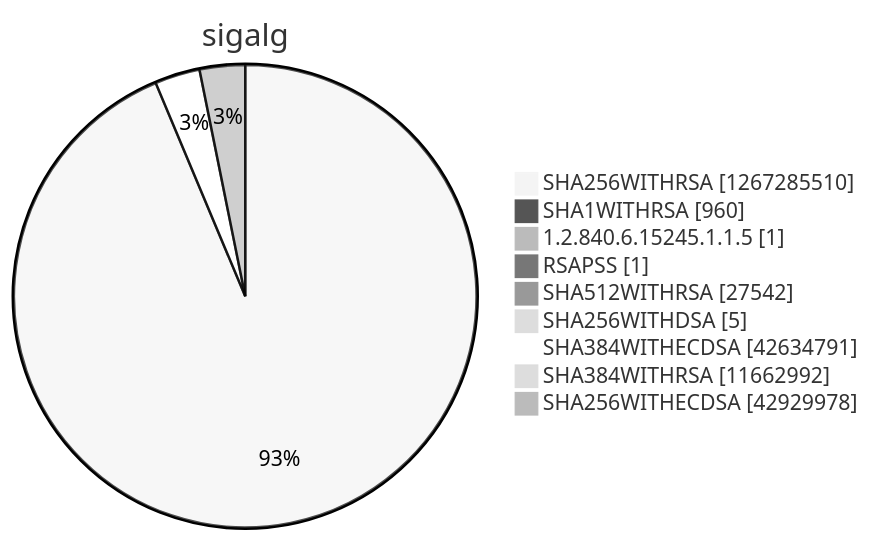
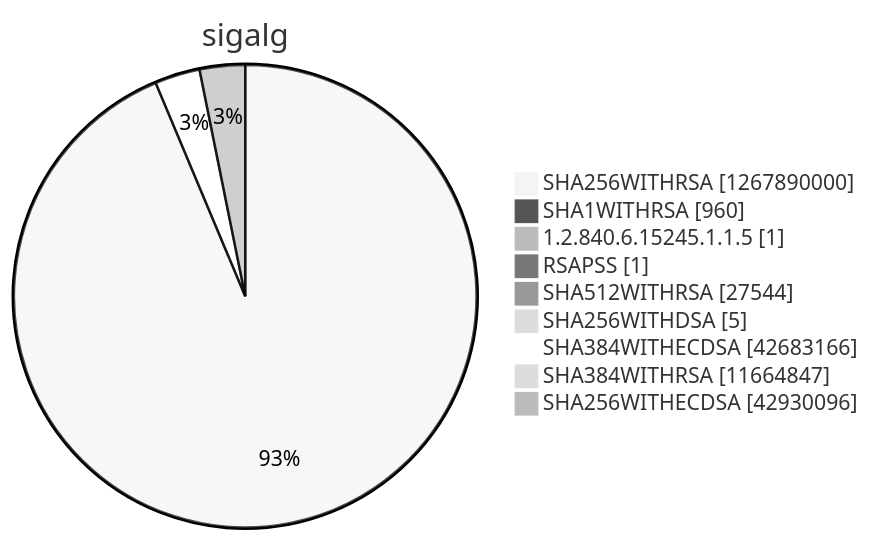
Diagram 15 of 15 in argon2022/README.md (christiankrug/ctmonitor_visualization), drawn with Mermaid (neutral theme) before and after one commit. The commit also changed other lines of this file, not shown here.

````diff
--- a/argon2022/README.md
+++ b/argon2022/README.md
@@ -5522,13 +5522,13 @@
 ```mermaid
 pie showData
 title sigalg
-"SHA256WITHRSA" :1267285510
+"SHA256WITHRSA" :1267890000
 "SHA1WITHRSA" :960
 "1.2.840.6.15245.1.1.5" :1
 "RSAPSS" :1
-"SHA512WITHRSA" :27542
+"SHA512WITHRSA" :27544
 "SHA256WITHDSA" :5
-"SHA384WITHECDSA" :42634791
-"SHA384WITHRSA" :11662992
-"SHA256WITHECDSA" :42929978
+"SHA384WITHECDSA" :42683166
+"SHA384WITHRSA" :11664847
+"SHA256WITHECDSA" :42930096
 ```
````
